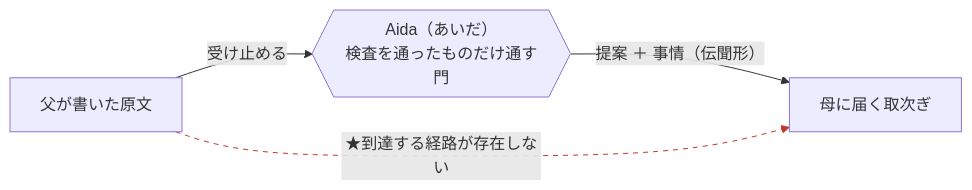
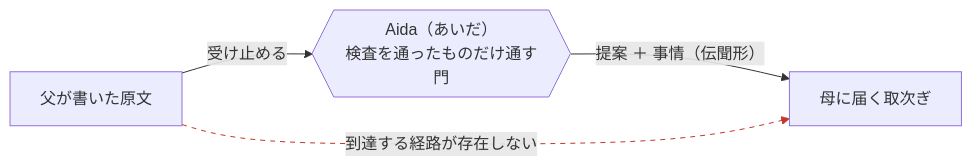
Before and after one commit to sugimomoto/AIHack: the second of 8 diagrams in .steering/20260813-blog/draft_main.md, drawn with Mermaid. The commit also changed other lines of this file, not shown here.

````diff
--- a/.steering/20260813-blog/draft_main.md
+++ b/.steering/20260813-blog/draft_main.md
@@ -235,12 +235,12 @@
 ```mermaid
 flowchart LR
     A1["父が書いた原文"]
     G{{"Aida（あいだ）<br/>検査を通ったものだけ通す門"}}
     B1["母に届く取次ぎ"]
 
     A1 -->|受け止める| G
     G -->|"提案 ＋ 事情（伝聞形）"| B1
-    A1 -.->|"★到達する経路が存在しない"| B1
+    A1 -.->|"到達する経路が存在しない"| B1
 
     linkStyle 2 stroke:#c0392b,stroke-dasharray:5 5
 ```
````
